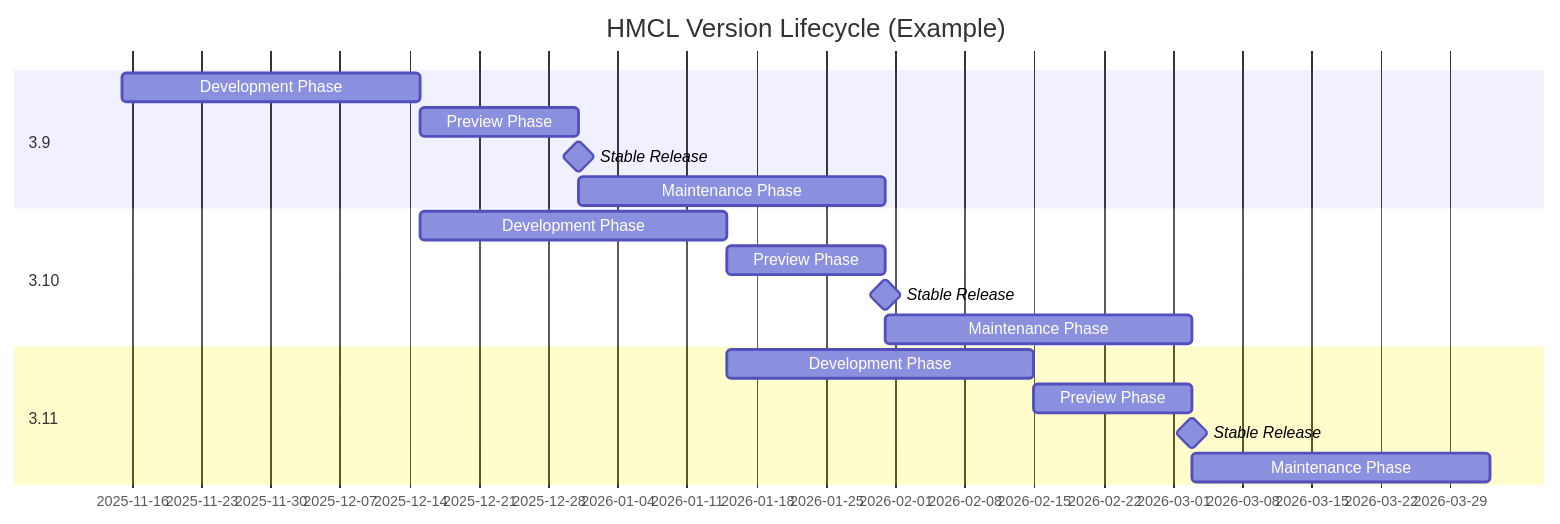
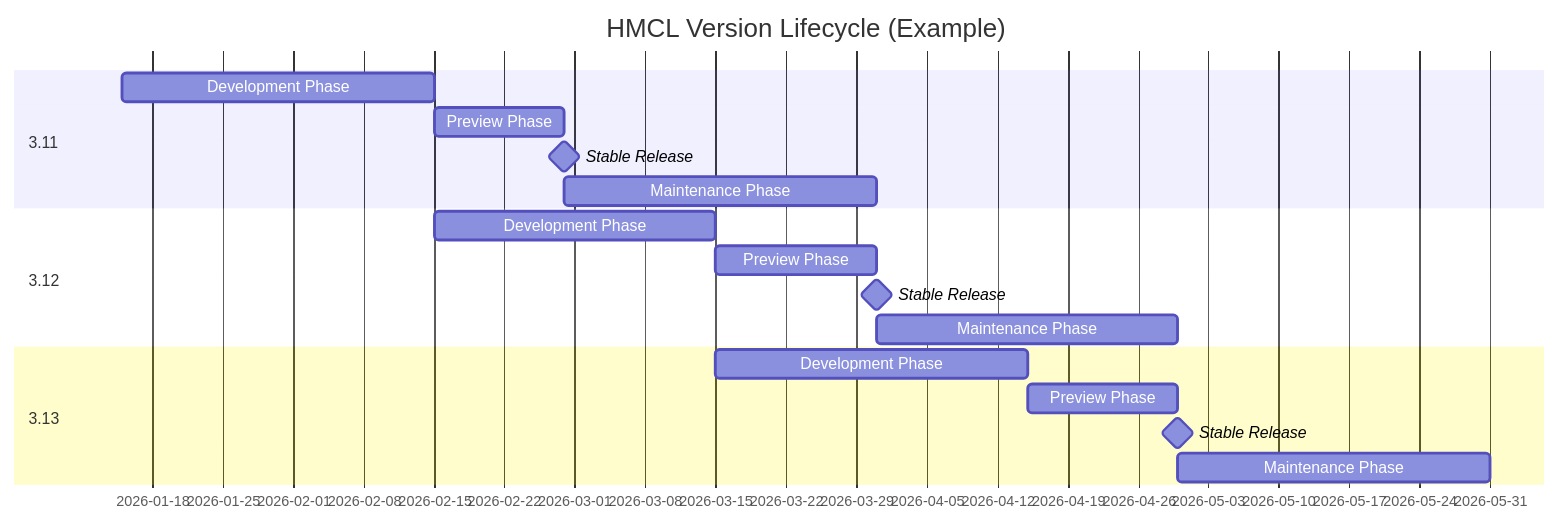
The diagram in docs/ReleaseSchedule.md (HMCL-dev/HMCL), drawn with Mermaid before and after one commit. The commit also changed other lines of this file and 2 other files, not shown here.

Commit message:
docs: rewrite gantt chart to update branches and dates [skip ci]
- Force the `dateFormat` to prevent chart rendering issues.
- Use absolute dates to prevent chart alignment issues caused by variations in the number of days in each month.
- Updated chart content from version branch 3.11 to 3.13.
- Add a note stating that the chart is for reference only.

````diff
--- a/docs/ReleaseSchedule.md
+++ b/docs/ReleaseSchedule.md
@@ -49,19 +49,20 @@
 ```mermaid
 gantt
     title HMCL Version Lifecycle (Example)
-    section 3.9
-        Development Phase: a1, 2025-11-15, 30d
-        Preview Phase: a2, after a1, 16d
+    dateFormat YYYY-MM-DD
+    section 3.11
+        Development Phase: a1, 2026-01-15, 2026-02-15
+        Preview Phase: a2, 2026-02-15, 2026-02-28
         Stable Release: milestone, after a2, 0d
-        Maintenance Phase: a3, after a2, 31d
-    section 3.10
-        Development Phase: b1, after a1, 31d
-        Preview Phase: b2, after b1, 16d
+        Maintenance Phase: a3, 2026-02-28, 2026-03-31
+    section 3.12
+        Development Phase: b1, 2026-02-15, 2026-03-15
+        Preview Phase: b2, 2026-03-15, 2026-03-31
         Stable Release: milestone, after b2, 0d
-        Maintenance Phase: b3, after b2, 31d
-    section 3.11
-        Development Phase: c1, after b1, 31d
-        Preview Phase: c2, after c1, 16d
+        Maintenance Phase: b3, 2026-03-31, 2026-04-30
+    section 3.13
+        Development Phase: c1, 2026-03-15, 2026-04-15
+        Preview Phase: c2, 2026-04-15, 2026-04-30
         Stable Release: milestone, after c2, 0d
-        Maintenance Phase: c3, after c2, 30d
+        Maintenance Phase: c3, 2026-04-30, 2026-05-31
 ```
````
